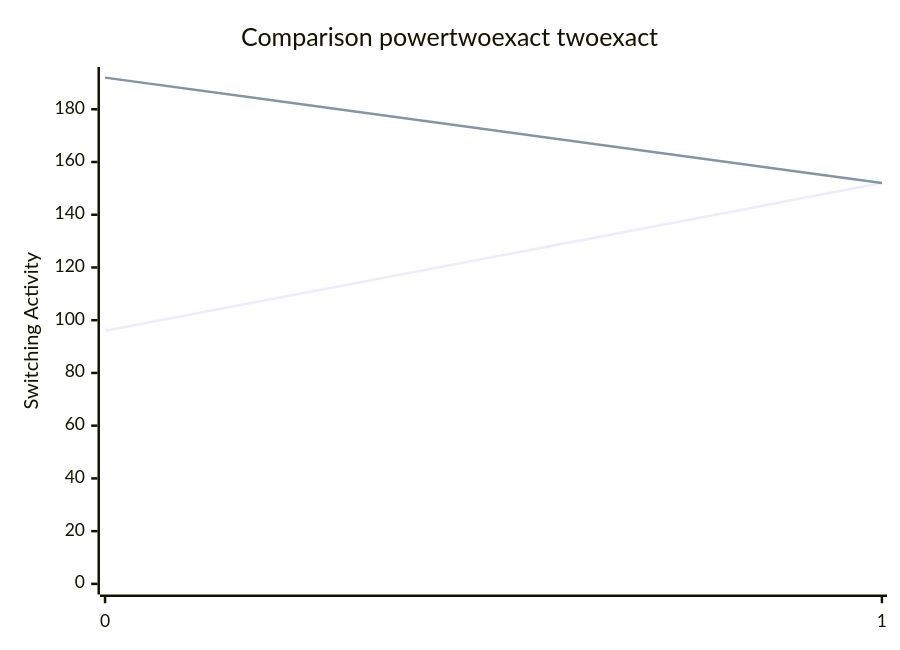
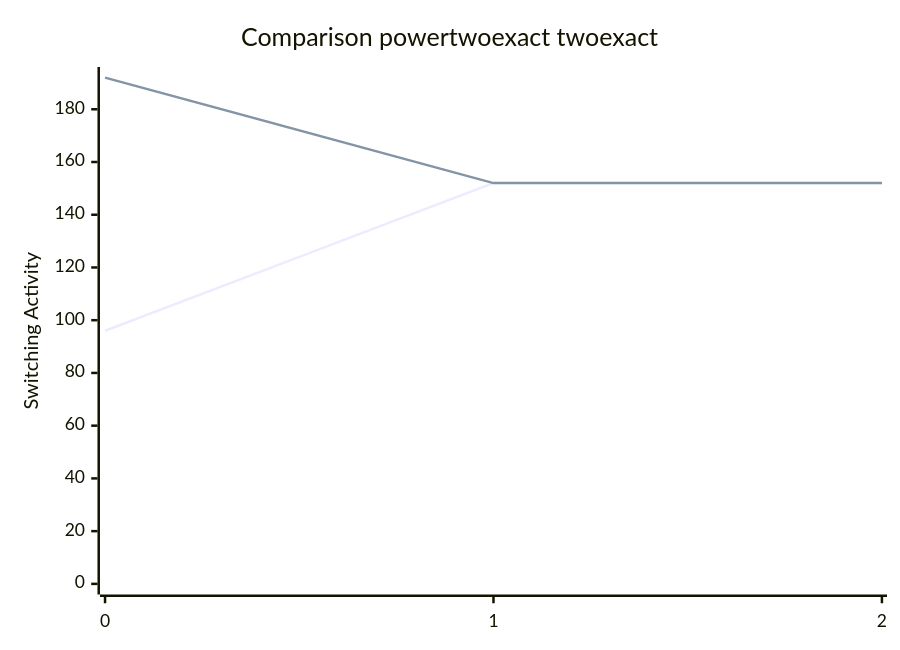
The diagram in benchmark.md (FeldmeierMichael/Exact-Power-Synthesis), drawn with Mermaid before and after one commit. The commit also changed other lines of this file and 2 other files, not shown here.

````diff
--- a/benchmark.md
+++ b/benchmark.md
@@ -15,8 +17,8 @@
 ```mermaid
 xychart-beta
     title "Comparison powertwoexact twoexact"
-    x-axis [0, 1]
+    x-axis [0, 1, 2]
     y-axis "Switching Activity" 0-->192
-    line [96, 152]
-    line [192, 152]
+    line [96, 152, 152]
+    line [192, 152, 152]
 ```
````
